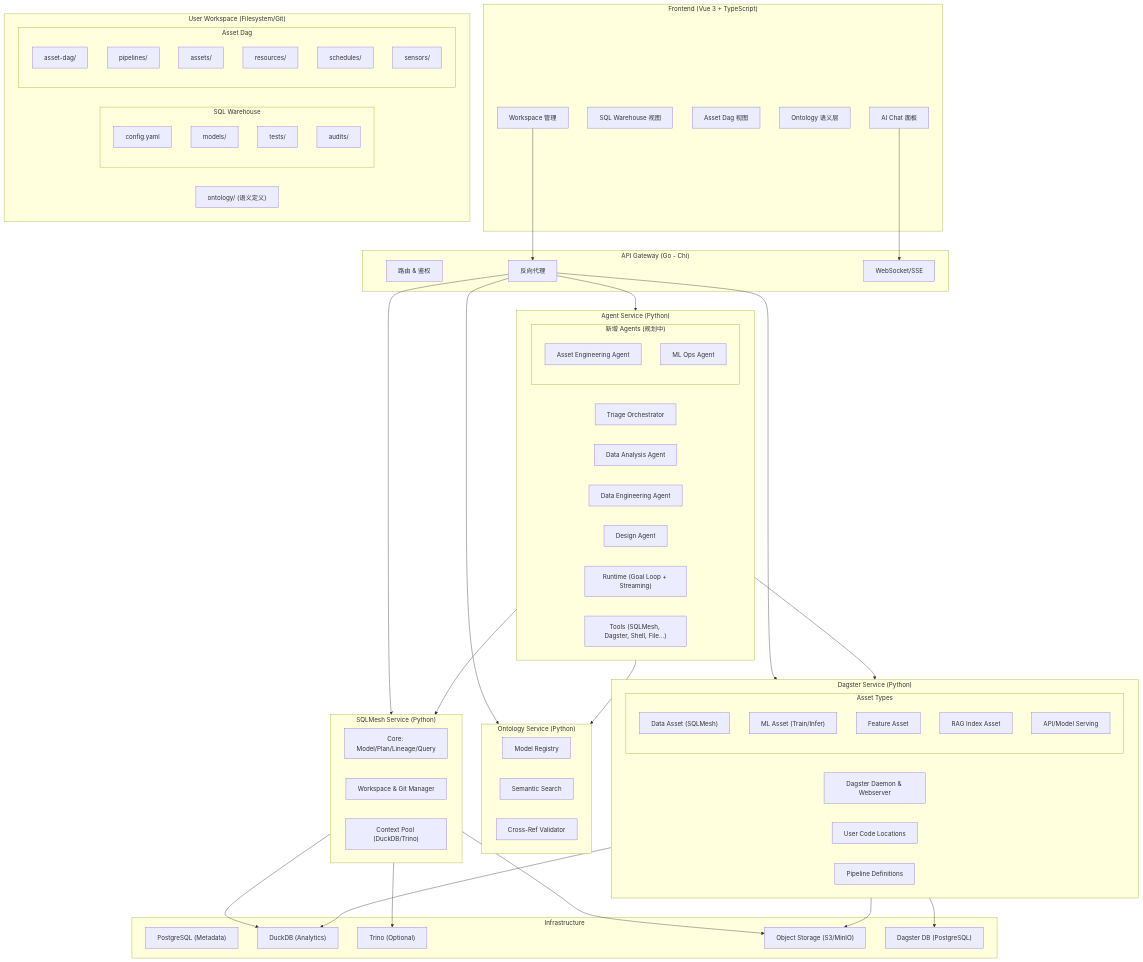
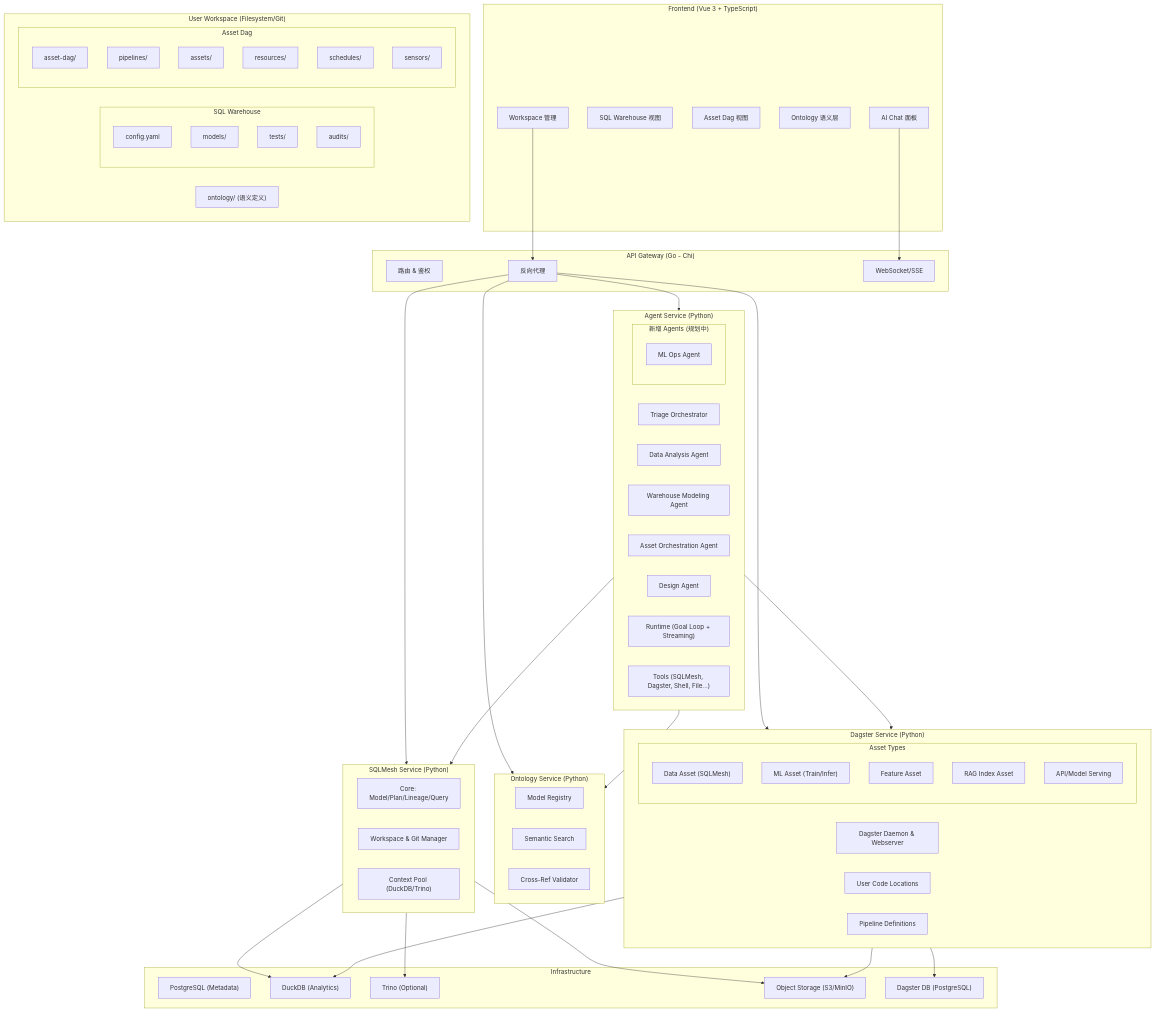
The first of 4 diagrams in doc/design/backend-architecture.md (BiyoTech/DataCode), drawn with Mermaid before and after one commit. The commit also changed other lines of this file and 17 other files, not shown here.

```diff
--- a/doc/design/backend-architecture.md
+++ b/doc/design/backend-architecture.md
@@ -122,10 +122,10 @@
     subgraph AgentService["Agent Service (Python)"]
         TRIAGE["Triage Orchestrator"]
         DA["Data Analysis Agent"]
-        DE["Data Engineering Agent"]
+        WM["Warehouse Modeling Agent"]
+        AO["Asset Orchestration Agent"]
         DS["Design Agent"]
         subgraph NewAgents["新增 Agents (规划中)"]
-            AE["Asset Engineering Agent"]
             MOps["ML Ops Agent"]
         end
         RUNTIME["Runtime (Goal Loop + Streaming)"]
```
